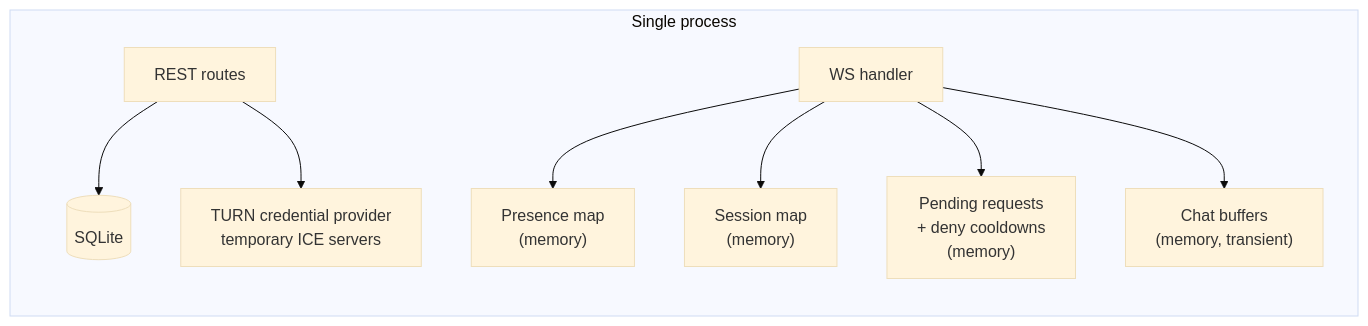
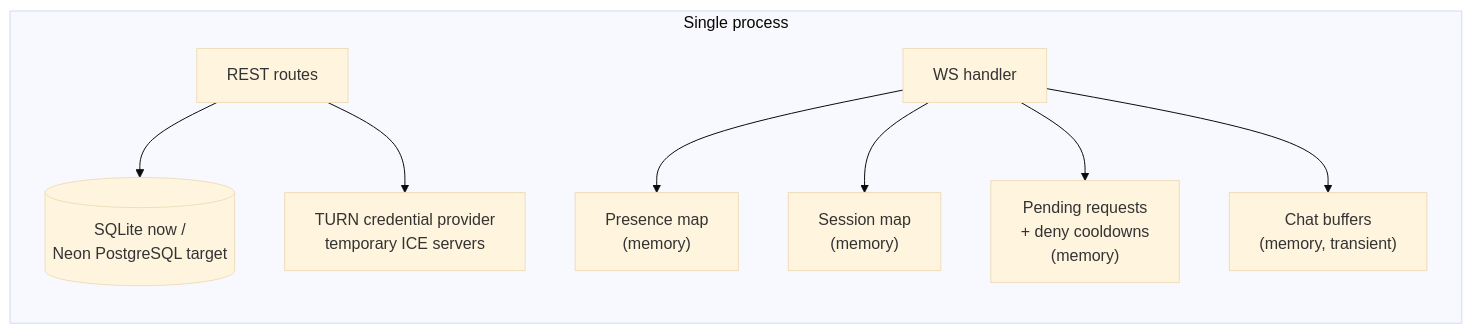
One commit to 0xyusufz/live-presence changed the third of 6 diagrams in docs/ARCHITECTURE.md. Above: the diagram before and after it, drawn with Mermaid (base theme). The commit also changed other lines of this file and 9 other files, not shown here.

Commit message:
docs: finalize architecture and migration documentation

````diff
--- a/docs/ARCHITECTURE.md
+++ b/docs/ARCHITECTURE.md
@@ -190,11 +197,11 @@
 ```mermaid
 graph LR
     subgraph P["Single process"]
-      R["REST routes"] --> DBX[("SQLite")]
+      R["REST routes"] --> DBX[("SQLite now /<br/>Neon PostgreSQL target")]
       WSH["WS handler"] --> PR["Presence map<br/>(memory)"]
       WSH --> SR["Session map<br/>(memory)"]
       WSH --> RQ["Pending requests<br/>+ deny cooldowns<br/>(memory)"]
       WSH --> CB["Chat buffers<br/>(memory, transient)"]
       R --> TC["TURN credential provider<br/>temporary ICE servers"]
     end
 ```
````
